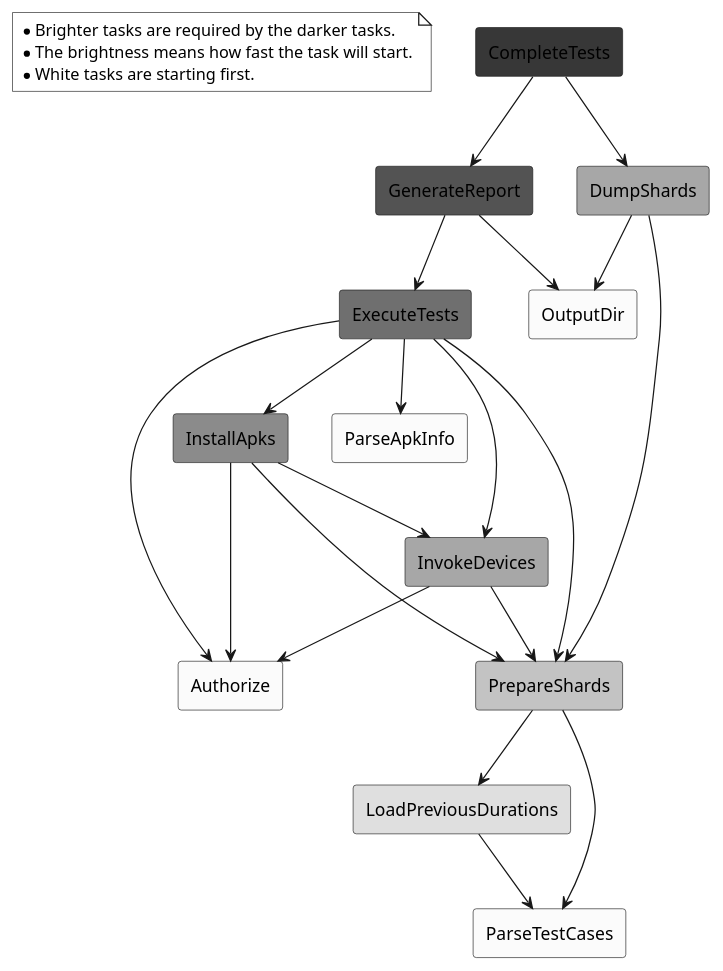
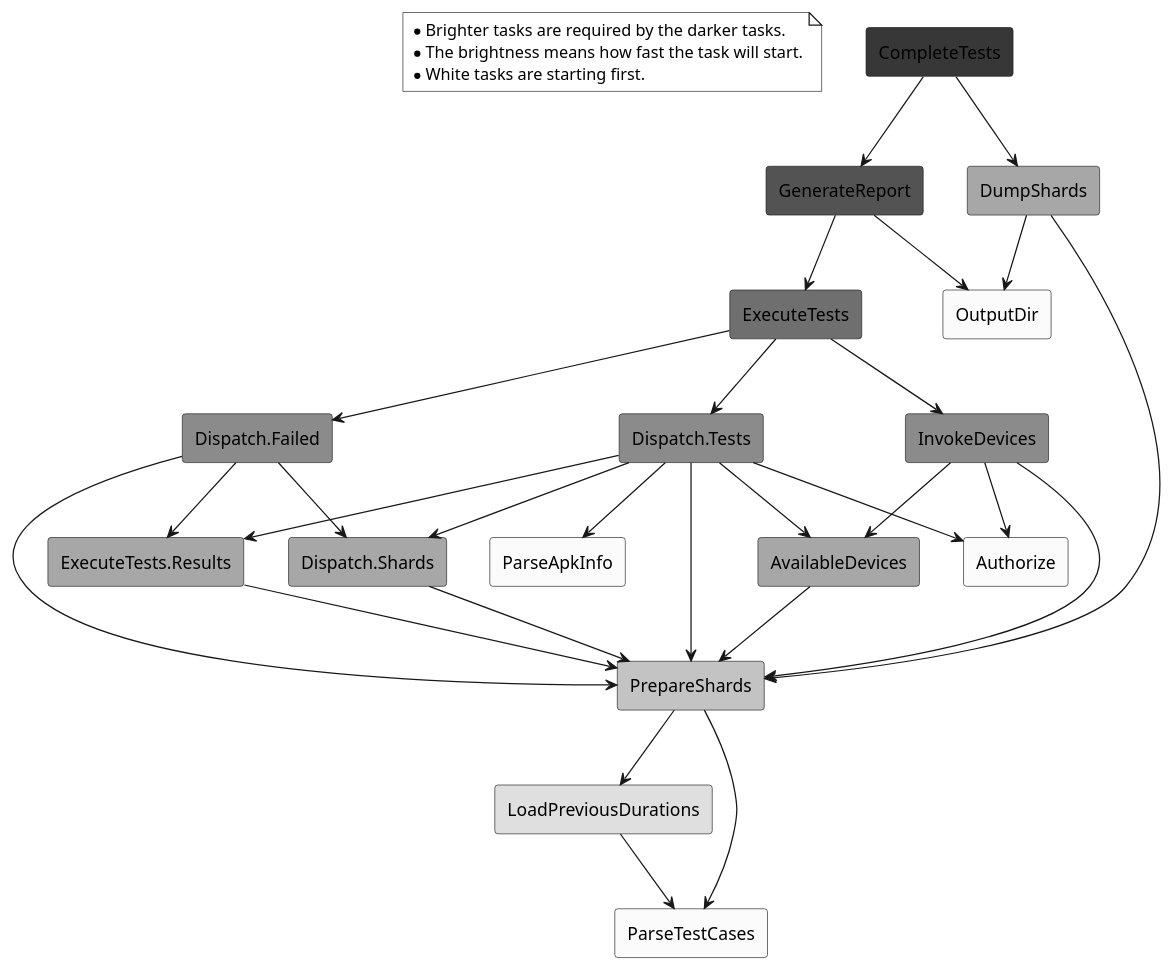
One commit to Flank/flank changed the diagram in corellium/domain/TestAndroid-execute.puml. Above: the diagram before and after it, drawn with PlantUML. The commit also changed 1 other file, not shown here.

Commit message:
Update execution diagram

```diff
--- a/corellium/domain/TestAndroid-execute.puml
+++ b/corellium/domain/TestAndroid-execute.puml
@@ -1,44 +1,56 @@
 @startuml
 
 skinparam componentStyle rectangle
 
 note as N #ffffff
 * Brighter tasks are required by the darker tasks.
 * The brightness means how fast the task will start.
 * White tasks are starting first.
 end note
 
 [Authorize] #fbfbfb
 [OutputDir] #fbfbfb
 [ParseApkInfo] #fbfbfb
 [ParseTestCases] #fbfbfb
 [LoadPreviousDurations] #dfdfdf
 [PrepareShards] #c3c3c3
+[Dispatch.Shards] #a7a7a7
 [DumpShards] #a7a7a7
-[InvokeDevices] #a7a7a7
-[InstallApks] #8b8b8b
+[ExecuteTests.Results] #a7a7a7
+[AvailableDevices] #a7a7a7
+[Dispatch.Tests] #8b8b8b
+[Dispatch.Failed] #8b8b8b
+[InvokeDevices] #8b8b8b
 [ExecuteTests] #6f6f6f
 [GenerateReport] #535353
 [CompleteTests] #373737
 
+[Dispatch.Shards] --> [PrepareShards]
+[Dispatch.Tests] --> [ParseApkInfo]
+[Dispatch.Tests] --> [Authorize]
+[Dispatch.Tests] --> [PrepareShards]
+[Dispatch.Tests] --> [AvailableDevices]
+[Dispatch.Tests] --> [Dispatch.Shards]
+[Dispatch.Tests] --> [ExecuteTests.Results]
+[Dispatch.Failed] --> [PrepareShards]
+[Dispatch.Failed] --> [Dispatch.Shards]
+[Dispatch.Failed] --> [ExecuteTests.Results]
 [DumpShards] --> [PrepareShards]
 [DumpShards] --> [OutputDir]
-[ExecuteTests] --> [PrepareShards]
-[ExecuteTests] --> [ParseApkInfo]
-[ExecuteTests] --> [Authorize]
 [ExecuteTests] --> [InvokeDevices]
-[ExecuteTests] --> [InstallApks]
+[ExecuteTests] --> [Dispatch.Tests]
+[ExecuteTests] --> [Dispatch.Failed]
 [CompleteTests] --> [GenerateReport]
 [CompleteTests] --> [DumpShards]
 [GenerateReport] --> [ExecuteTests]
 [GenerateReport] --> [OutputDir]
-[InstallApks] --> [Authorize]
-[InstallApks] --> [PrepareShards]
-[InstallApks] --> [InvokeDevices]
+[ExecuteTests.Results] --> [PrepareShards]
+[AvailableDevices] --> [PrepareShards]
 [InvokeDevices] --> [Authorize]
 [InvokeDevices] --> [PrepareShards]
+[InvokeDevices] --> [AvailableDevices]
 [LoadPreviousDurations] --> [ParseTestCases]
 [PrepareShards] --> [ParseTestCases]
 [PrepareShards] --> [LoadPreviousDurations]
 
 @enduml
```
